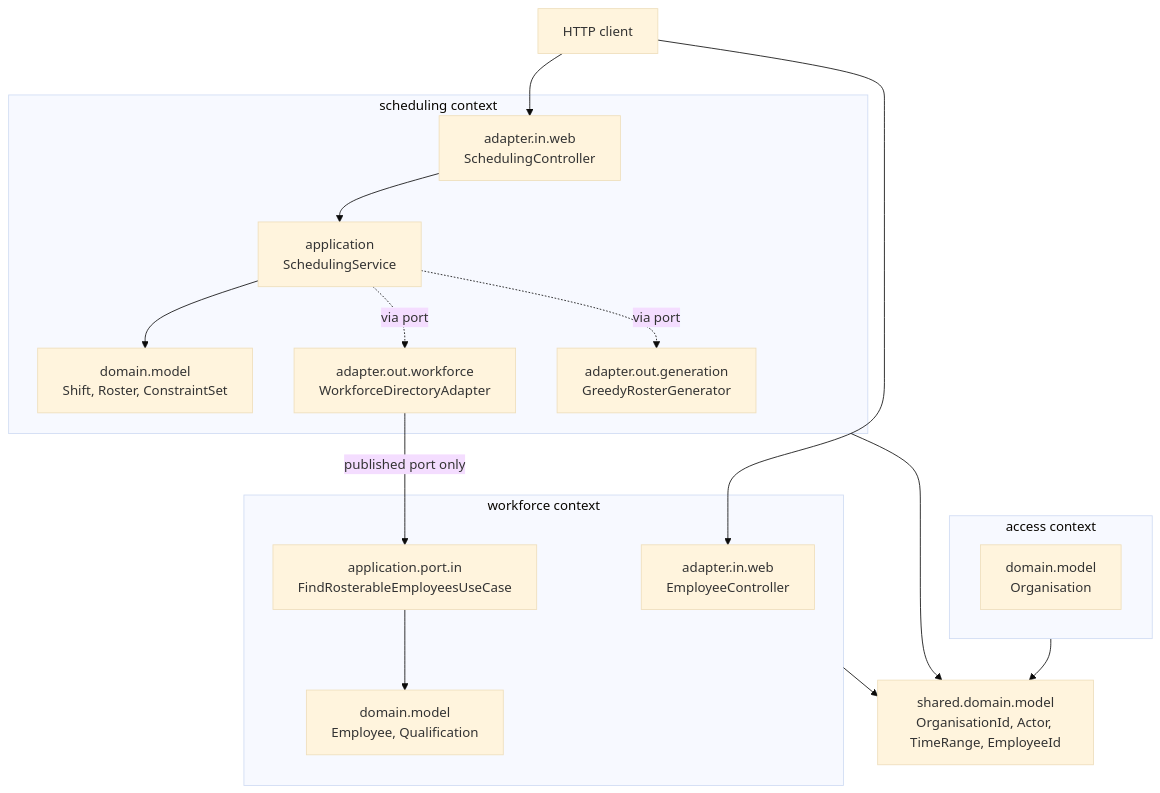
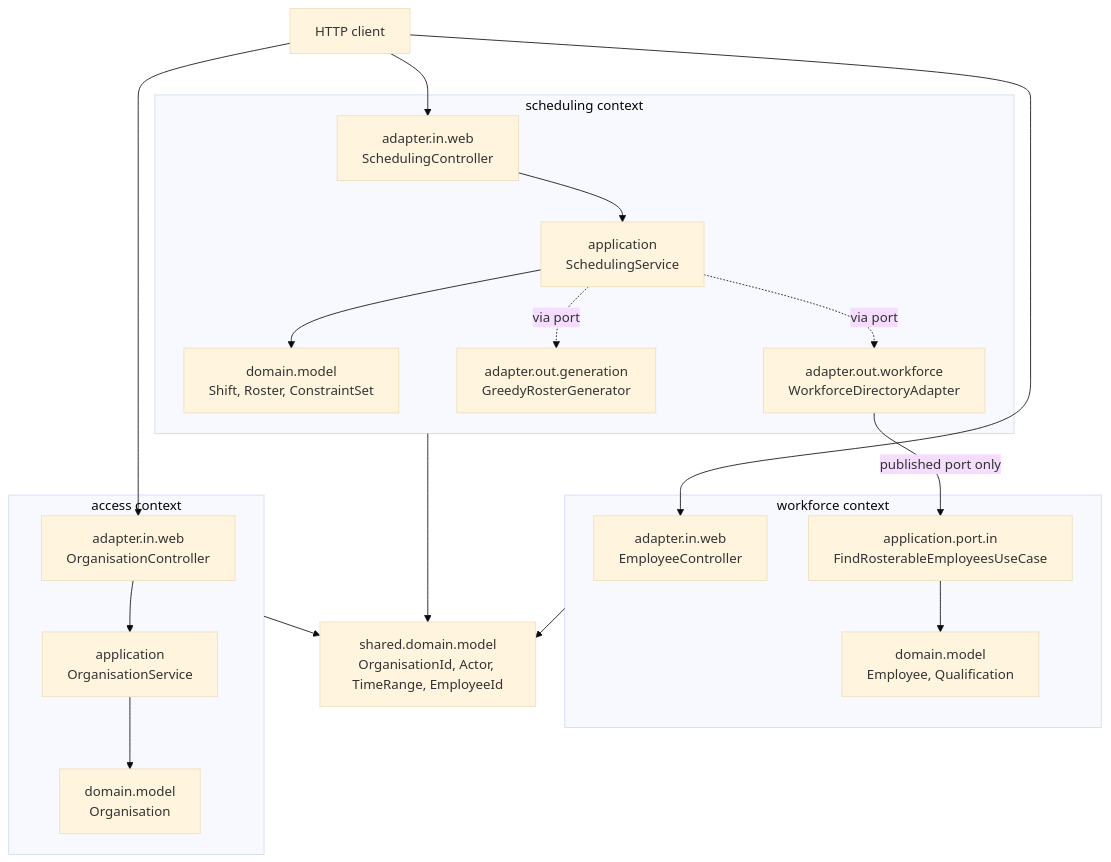
One commit to NaimElijah/HrSched changed the first of 2 diagrams in docs/architecture/architecture.md. Above: the diagram before and after it, drawn with Mermaid (base theme). The commit also changed other lines of this file and 29 other files, not shown here.

````diff
--- a/docs/architecture/architecture.md
+++ b/docs/architecture/architecture.md
@@ -32,36 +32,41 @@
 ```mermaid
 flowchart TB
     client[HTTP client]
 
     subgraph scheduling [scheduling context]
         schedWeb["adapter.in.web<br/>SchedulingController"]
         schedApp["application<br/>SchedulingService"]
         schedDom["domain.model<br/>Shift, Roster, ConstraintSet"]
         acl["adapter.out.workforce<br/>WorkforceDirectoryAdapter"]
         gen["adapter.out.generation<br/>GreedyRosterGenerator"]
     end
 
     subgraph workforce [workforce context]
         wfWeb["adapter.in.web<br/>EmployeeController"]
         wfPub["application.port.in<br/>FindRosterableEmployeesUseCase"]
         wfDom["domain.model<br/>Employee, Qualification"]
     end
 
     subgraph access [access context]
+        accWeb["adapter.in.web<br/>OrganisationController"]
+        accApp["application<br/>OrganisationService"]
         accDom["domain.model<br/>Organisation"]
     end
 
     kernel["shared.domain.model<br/>OrganisationId, Actor, TimeRange, EmployeeId"]
 
     client --> schedWeb
     client --> wfWeb
+    client --> accWeb
+    accWeb --> accApp
+    accApp --> accDom
     schedWeb --> schedApp
     schedApp --> schedDom
     schedApp -.via port.-> acl
     schedApp -.via port.-> gen
     acl -->|published port only| wfPub
     wfPub --> wfDom
     scheduling --> kernel
     workforce --> kernel
     access --> kernel
 ```
````
